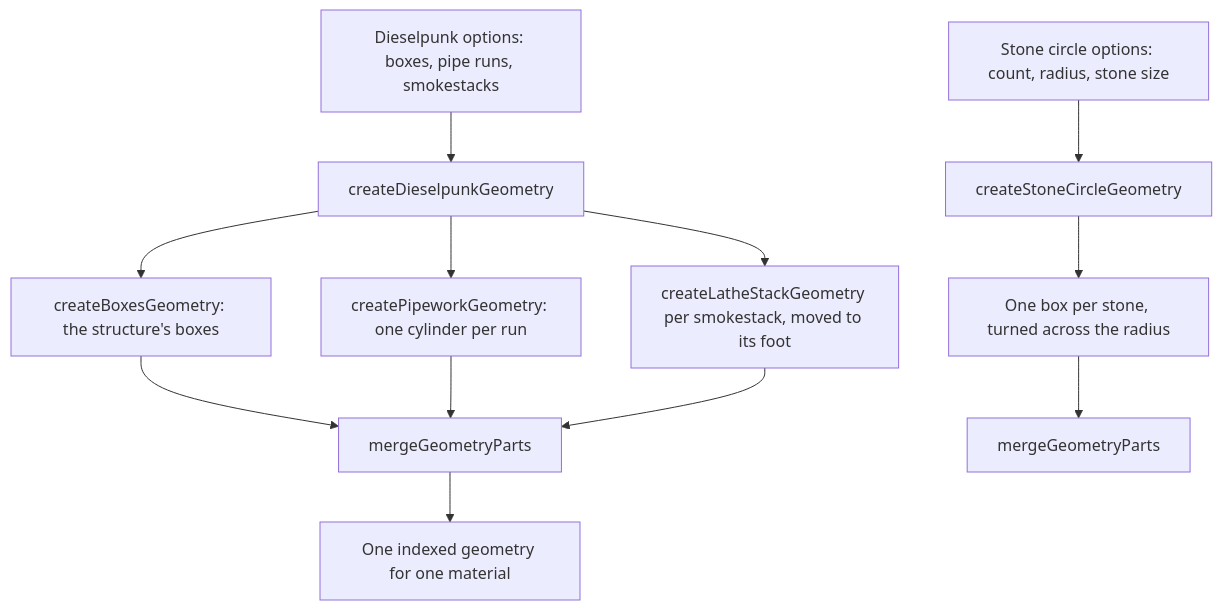
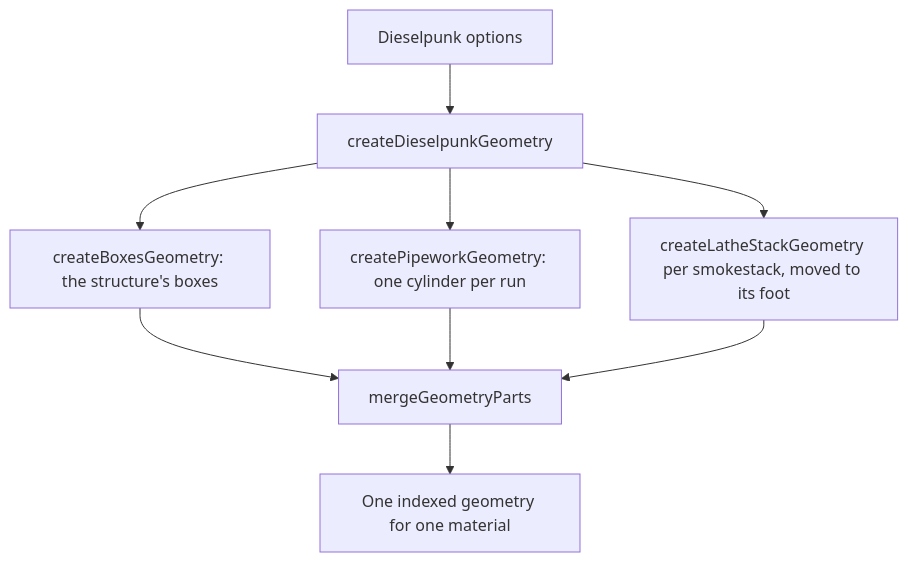
One commit to Esposter/Esposter changed the diagram in openspec/specs/genshin/nod-krai-kits/design.md. Above: the diagram before and after it, drawn with Mermaid. The commit also changed other lines of this file and 15 other files, not shown here.

````diff
--- a/openspec/specs/genshin/nod-krai-kits/design.md
+++ b/openspec/specs/genshin/nod-krai-kits/design.md
@@ -7,14 +7,11 @@
 ```mermaid
 flowchart TD
-  OPT[Dieselpunk options: boxes, pipe runs, smokestacks] --> DK[createDieselpunkGeometry]
+  OPT[Dieselpunk options] --> DK[createDieselpunkGeometry]
   DK --> BX[createBoxesGeometry: the structure's boxes]
   DK --> PW[createPipeworkGeometry: one cylinder per run]
   DK --> SS[createLatheStackGeometry per smokestack, moved to its foot]
   BX --> MG[mergeGeometryParts]
   PW --> MG
   SS --> MG
   MG --> DG[One indexed geometry for one material]
-  SC[Stone circle options: count, radius, stone size] --> SCK[createStoneCircleGeometry]
-  SCK --> ST[One box per stone, turned across the radius]
-  ST --> MG2[mergeGeometryParts]
 ```
````
